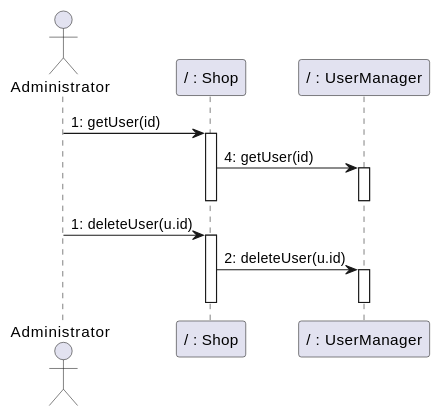
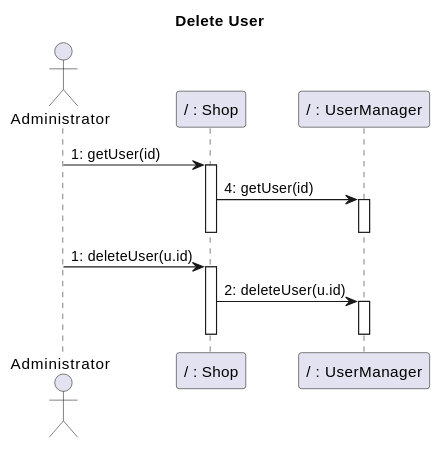
The ninth of 30 diagrams in Deliverables/DesignDocument.md (nicolabattaglino/ezshop), drawn with PlantUML before and after one commit. The commit also changed other lines of this file, not shown here.

````diff
--- a/Deliverables/DesignDocument.md
+++ b/Deliverables/DesignDocument.md
@@ -680,22 +681,23 @@
 ```plantuml
 @startuml
+title Delete User
 actor Administrator
 participant "/ : Shop" as Shop
 participant "/ : UserManager" as UserManager
 
 Administrator -> Shop: 1: getUser(id)
 activate Shop
 Shop -> UserManager: 4: getUser(id)
 activate UserManager
 deactivate UserManager
 deactivate Shop
 
 Administrator -> Shop: 1: deleteUser(u.id)
 activate Shop
 Shop -> UserManager: 2: deleteUser(u.id)
 activate UserManager
 deactivate UserManager
 deactivate Shop
 
 @enduml
 ```
````
